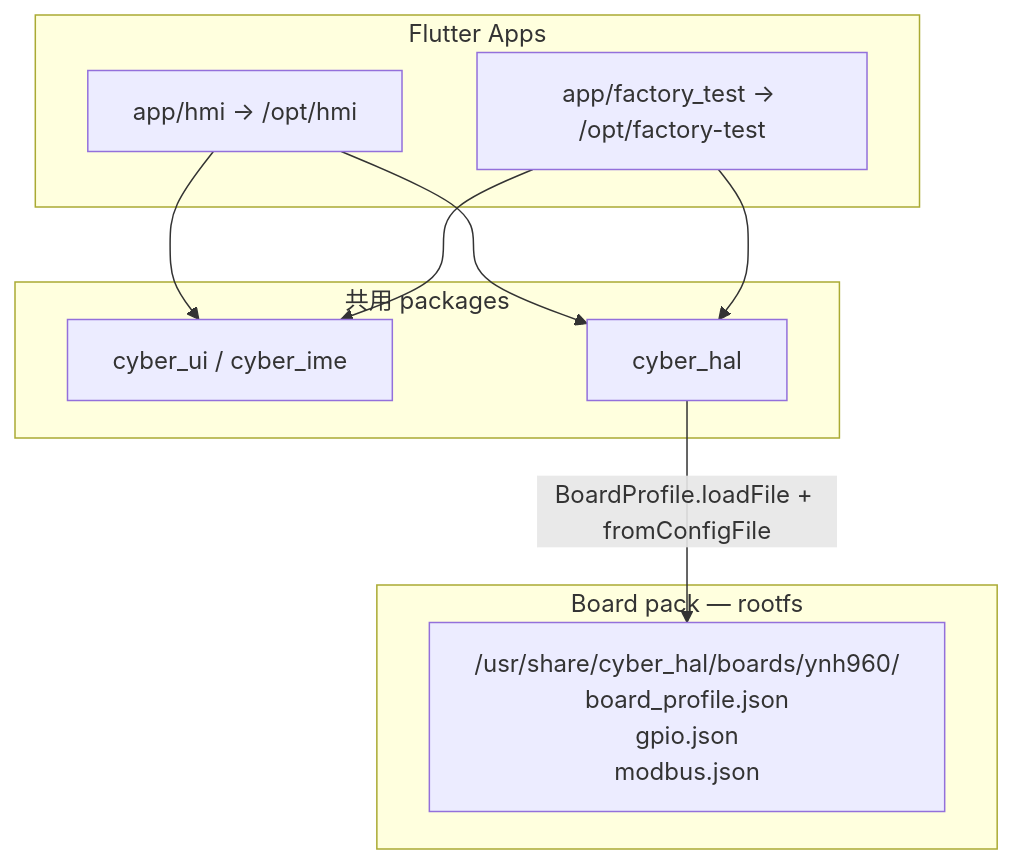
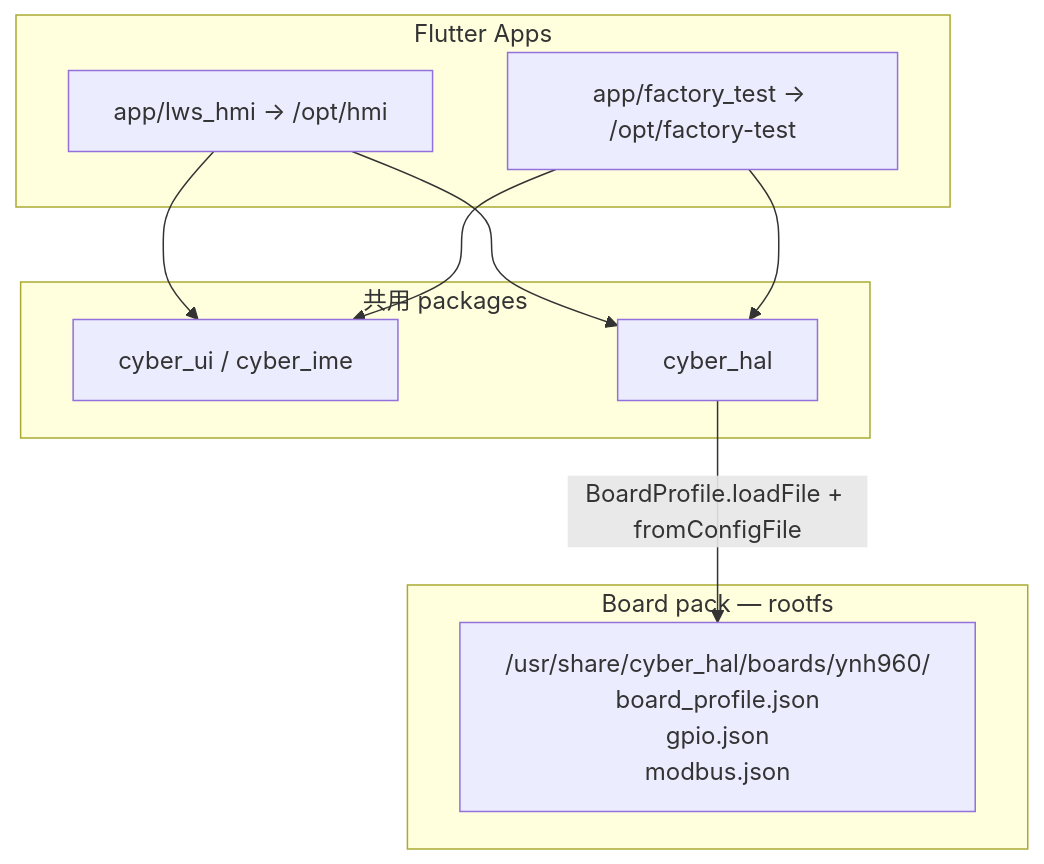
Before and after one commit to feng268050-ctrl/flutter_app: the diagram in docs/factory-test-app-plan.md, drawn with Mermaid. The commit also changed other lines of this file and 33 other files, not shown here.

First line of the commit message:
Update tooling and docs for app/lws_hmi path.

````diff
--- a/docs/factory-test-app-plan.md
+++ b/docs/factory-test-app-plan.md
@@ -60,19 +60,19 @@
 ```mermaid
 flowchart TB
   subgraph apps [Flutter Apps]
-    HMI["app/hmi → /opt/hmi"]
+    HMI["app/lws_hmi → /opt/hmi"]
     FT["app/factory_test → /opt/factory-test"]
   end
   subgraph shared [共用 packages]
     UI[cyber_ui / cyber_ime]
     HAL[cyber_hal]
   end
   subgraph pack [Board pack — rootfs]
     BP["/usr/share/cyber_hal/boards/ynh960/\nboard_profile.json\ngpio.json\nmodbus.json"]
   end
   HMI --> UI
   HMI --> HAL
   FT --> UI
   FT --> HAL
   HAL -->|"BoardProfile.loadFile + fromConfigFile"| BP
 ```
````
